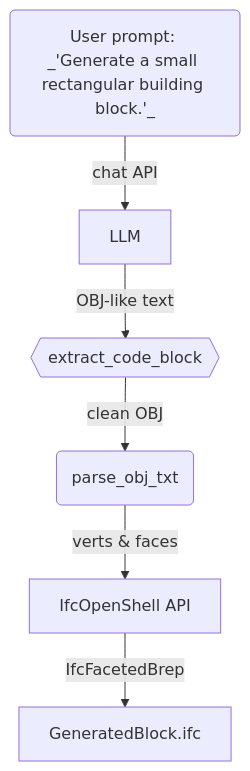
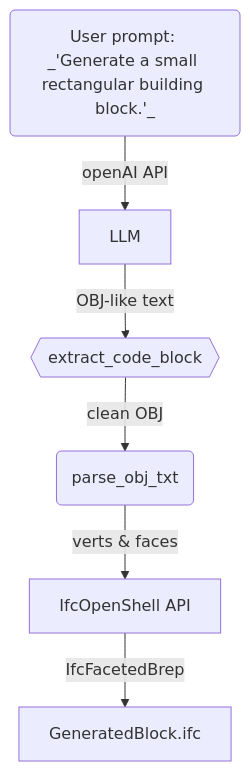
One commit to jma1999/ARCH-8833-Sp25-LLM2IFC changed the diagram in README.md. Above: the diagram before and after it, drawn with Mermaid. The commit also changed other lines of this file, not shown here.

````diff
--- a/README.md
+++ b/README.md
@@ -45,8 +44,8 @@
 ```mermaid
 graph TD
-    A("User prompt: _'Generate a small rectangular building block.'_") -->|chat API| B[LLM]
+    A("User prompt: _'Generate a small rectangular building block.'_") -->|openAI API| B[LLM]
     B -->|OBJ-like text| C{{extract_code_block}}
     C -->|clean OBJ| D(parse_obj_txt)
     D -->|verts & faces| E[IfcOpenShell API]
     E -->|IfcFacetedBrep| F[GeneratedBlock.ifc]
 ```
````
